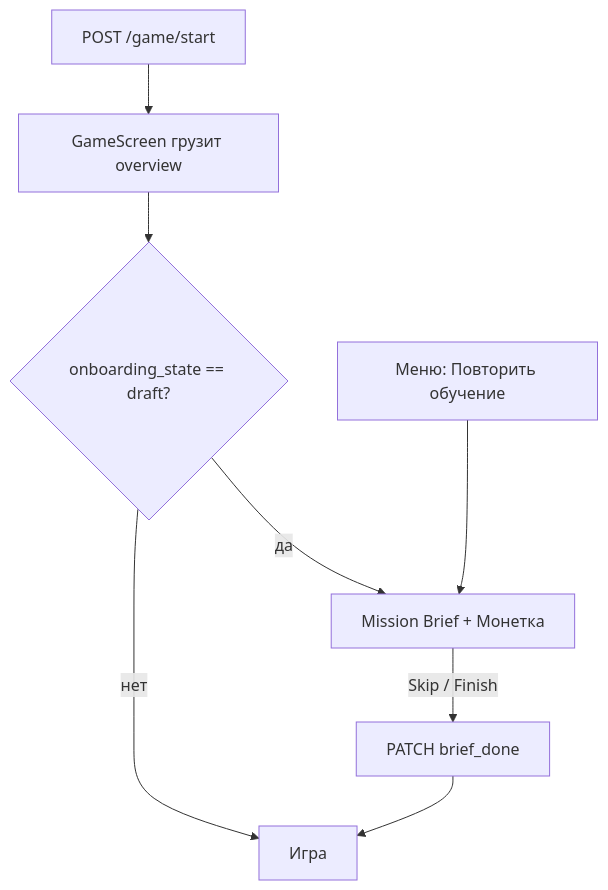
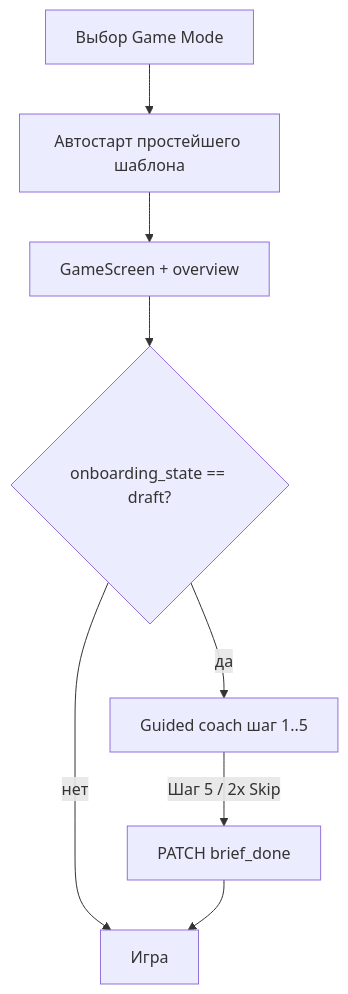
One commit to avyakunichkin-code/telegram-mini-app changed the diagram in docs/specs/features/SPEC_onboarding-tma.md. Above: the diagram before and after it, drawn with Mermaid. The commit also changed other lines of this file and 51 other files, not shown here.

````diff
--- a/docs/specs/features/SPEC_onboarding-tma.md
+++ b/docs/specs/features/SPEC_onboarding-tma.md
@@ -51,10 +60,10 @@
 ```mermaid
 flowchart TD
-  A[POST /game/start] --> B[GameScreen грузит overview]
-  B --> C{onboarding_state == draft?}
-  C -->|да| D[Mission Brief + Монетка]
-  C -->|нет| E[Игра]
-  D -->|Skip / Finish| F[PATCH brief_done]
-  F --> E
-  G[Меню: Повторить обучение] --> D
+  A[Выбор Game Mode] --> B[Автостарт простейшего шаблона]
+  B --> C[GameScreen + overview]
+  C --> D{onboarding_state == draft?}
+  D -->|да| E[Guided coach шаг 1..5]
+  D -->|нет| F[Игра]
+  E -->|Шаг 5 / 2x Skip| G[PATCH brief_done]
+  G --> F
 ```
````
